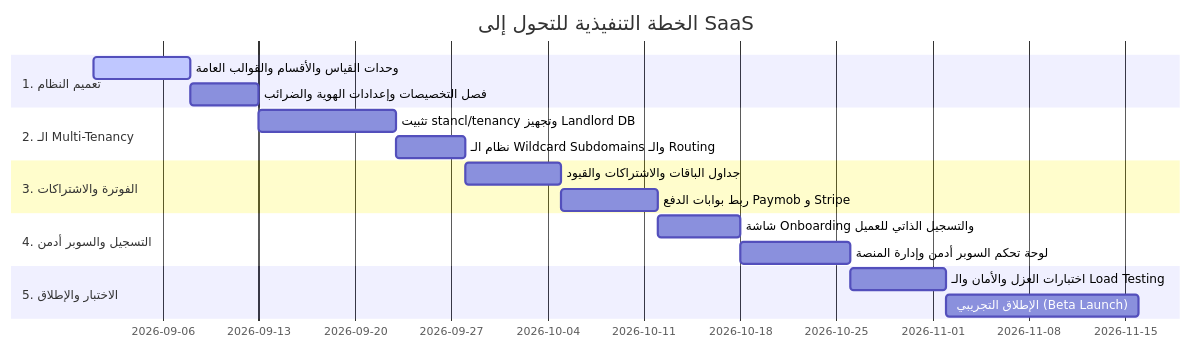
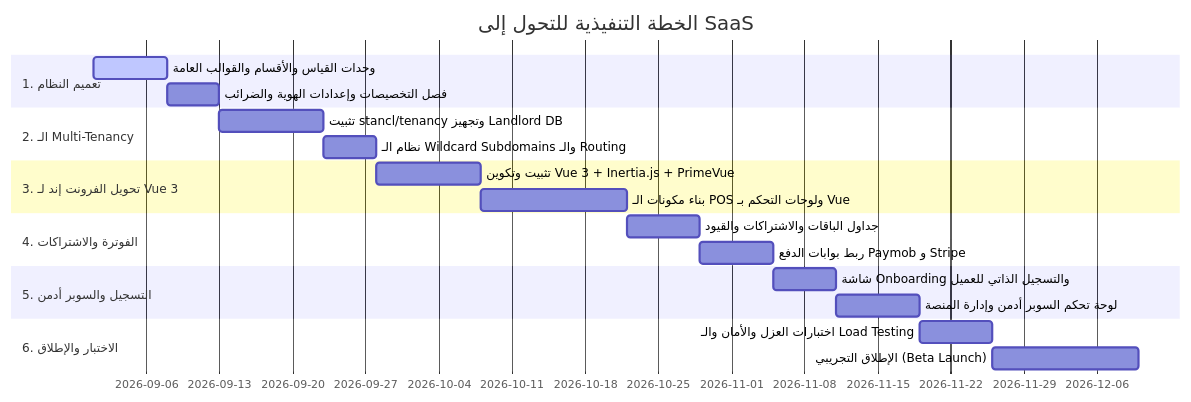
One commit to kamalsroor1/erp-hub changed the second of 2 diagrams in docs/03-architecture/saas-transformation-architecture-and-plan.md. Above: the diagram before and after it, drawn with Mermaid. The commit also changed other lines of this file, not shown here.

Commit message:
docs: add Inertia Vue3 security breakdown and comprehensive pricing tiers to SaaS plan

````diff
--- a/docs/03-architecture/saas-transformation-architecture-and-plan.md
+++ b/docs/03-architecture/saas-transformation-architecture-and-plan.md
@@ -114,20 +178,23 @@
 ```mermaid
 gantt
     title الخطة التنفيذية للتحول إلى SaaS
     dateFormat  YYYY-MM-DD
     section 1. تعميم النظام
     وحدات القياس والأقسام والقوالب العامة      :active, p1_1, 2026-09-01, 7d
     فصل التخصيصات وإعدادات الهوية والضرائب   :p1_2, after p1_1, 5d
     section 2. الـ Multi-Tenancy
     تثبيت stancl/tenancy وتجهيز Landlord DB   :p2_1, after p1_2, 10d
     نظام الـ Wildcard Subdomains والـ Routing  :p2_2, after p2_1, 5d
-    section 3. الفوترة والاشتراكات
-    جداول الباقات والاشتراكات والقيود         :p3_1, after p2_2, 7d
-    ربط بوابات الدفع Paymob و Stripe           :p3_2, after p3_1, 7d
-    section 4. التسجيل والسوبر أدمن
-    شاشة Onboarding والتسجيل الذاتي للعميل     :p4_1, after p3_2, 6d
-    لوحة تحكم السوبر أدمن وإدارة المنصة       :p4_2, after p4_1, 8d
-    section 5. الاختبار والإطلاق
-    اختبارات العزل والأمان والـ Load Testing  :p5_1, after p4_2, 7d
-    الإطلاق التجريبي (Beta Launch)             :p5_2, after p5_1, 14d
+    section 3. تحويل الفرونت إند لـ Vue 3
+    تثبيت وتكوين Vue 3 + Inertia.js + PrimeVue :p3_1, after p2_2, 10d
+    بناء مكونات الـ POS ولوحات التحكم بـ Vue   :p3_2, after p3_1, 14d
+    section 4. الفوترة والاشتراكات
+    جداول الباقات والاشتراكات والقيود         :p4_1, after p3_2, 7d
+    ربط بوابات الدفع Paymob و Stripe           :p4_2, after p4_1, 7d
+    section 5. التسجيل والسوبر أدمن
+    شاشة Onboarding والتسجيل الذاتي للعميل     :p5_1, after p4_2, 6d
+    لوحة تحكم السوبر أدمن وإدارة المنصة       :p5_2, after p5_1, 8d
+    section 6. الاختبار والإطلاق
+    اختبارات العزل والأمان والـ Load Testing  :p6_1, after p5_2, 7d
+    الإطلاق التجريبي (Beta Launch)             :p6_2, after p6_1, 14d
 ```
````
